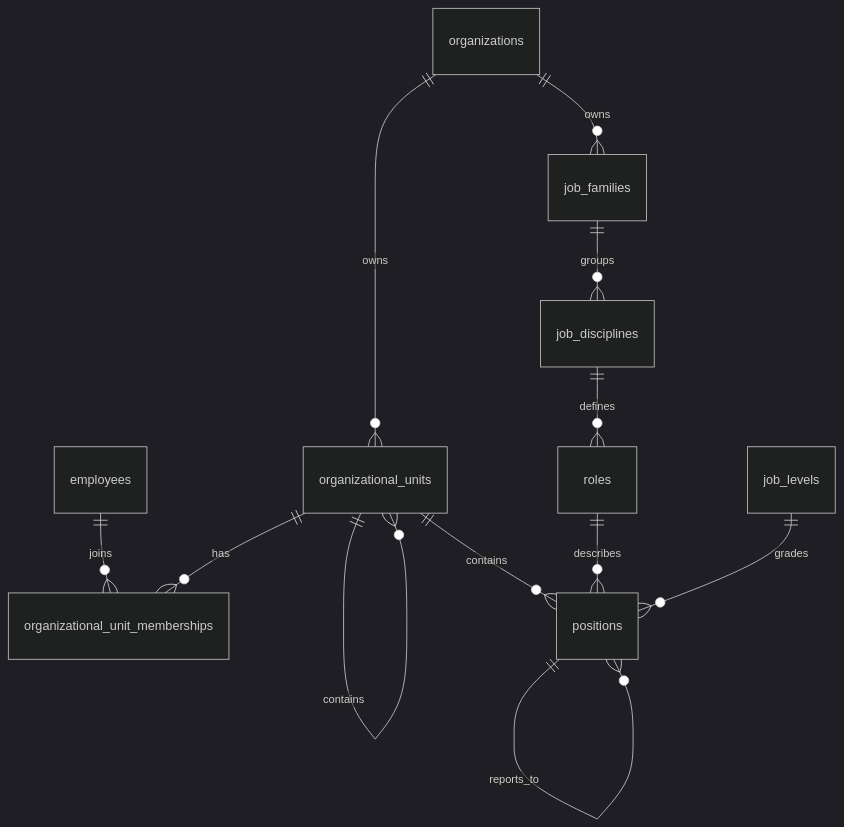
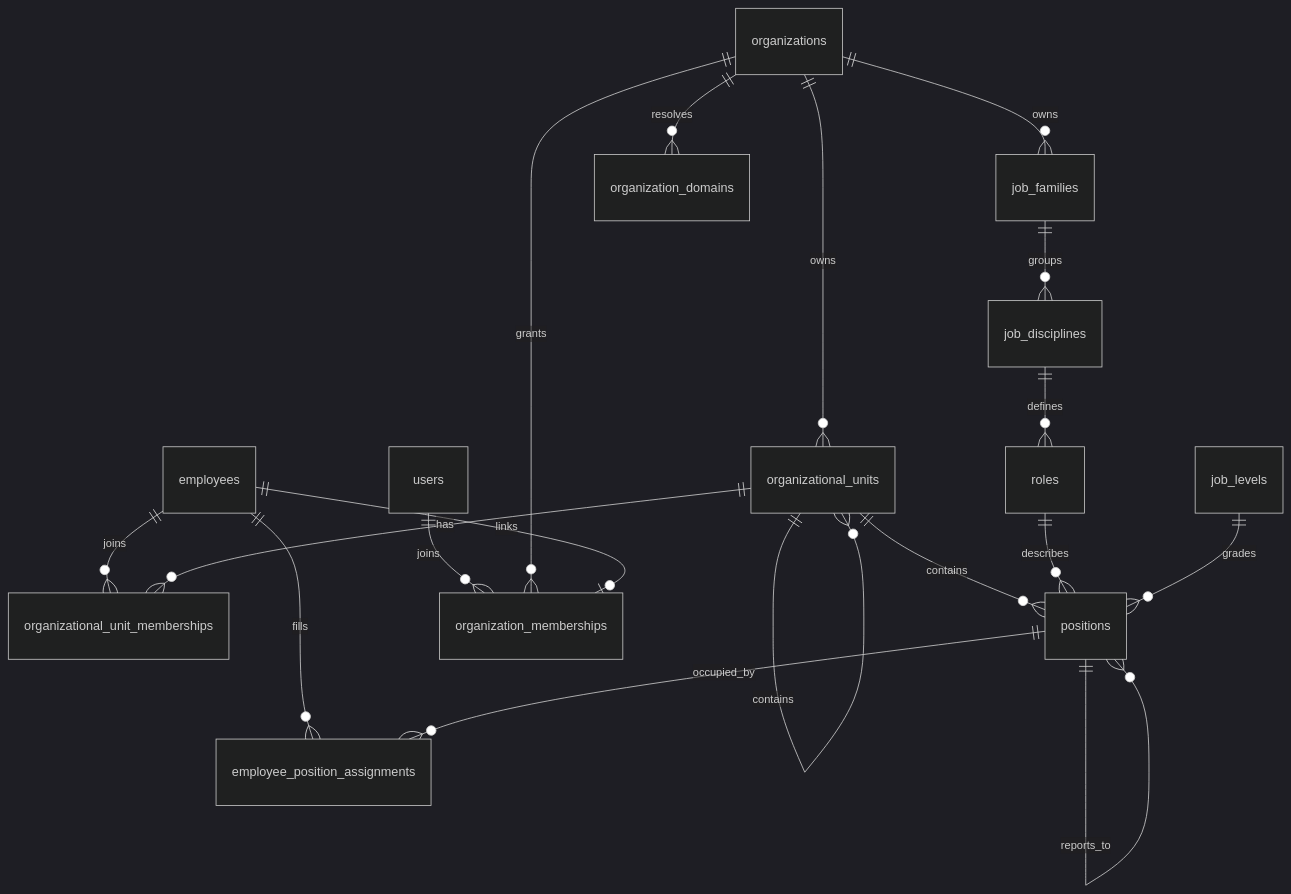
The diagram in docs/diy-organization-platform.md (Agents-Foundry/employee-agent-platform), drawn with Mermaid (dark theme) before and after one commit. The commit also changed other lines of this file and 20 other files, not shown here.

Commit message:
Add tenant profiles, memberships, and position assignments (#8)

````diff
--- a/docs/diy-organization-platform.md
+++ b/docs/diy-organization-platform.md
@@ -83,14 +110,20 @@
 ```mermaid
 erDiagram
   organizations ||--o{ organizational_units : owns
   organizational_units ||--o{ organizational_units : contains
   employees ||--o{ organizational_unit_memberships : joins
   organizational_units ||--o{ organizational_unit_memberships : has
   organizations ||--o{ job_families : owns
   job_families ||--o{ job_disciplines : groups
   job_disciplines ||--o{ roles : defines
   organizational_units ||--o{ positions : contains
   roles ||--o{ positions : describes
   job_levels ||--o{ positions : grades
   positions ||--o{ positions : reports_to
+  users ||--o{ organization_memberships : joins
+  organizations ||--o{ organization_memberships : grants
+  employees ||--o| organization_memberships : links
+  employees ||--o{ employee_position_assignments : fills
+  positions ||--o{ employee_position_assignments : occupied_by
+  organizations ||--o{ organization_domains : resolves
 ```
````
